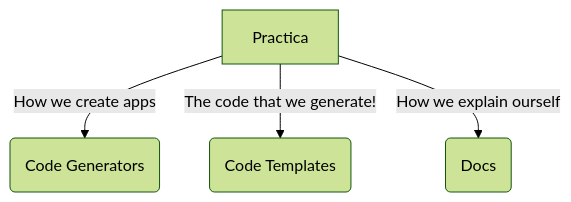
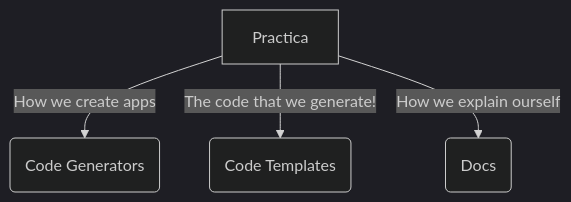
The first of 4 diagrams in CONTRIBUTING.md (practicajs/practica), drawn with Mermaid before and after one commit.

````diff
--- a/CONTRIBUTING.md
+++ b/CONTRIBUTING.md
@@ -60,9 +60,9 @@
 ```mermaid
-%%{init: {'theme': 'forest', 'themeVariables': { 'darkMode':'true', 'primaryColor': '#ff0000', 'fontWeight': 'bold', 'fontFamily': 'comfortaa, Roboto'}}}%%
+%%{init: {'theme': 'dark', 'themeVariables': { 'darkMode':'true', 'primaryColor': '#ff0000', 'fontWeight': 'bold', 'fontFamily': 'comfortaa, Roboto'}}}%%
 graph
       A[Practica] -->|How we create apps| B(Code Generators)
       A -->|The code that we generate!| C(Code Templates)
       A -->|How we explain ourself| D(Docs)
 
 
 ```
````
